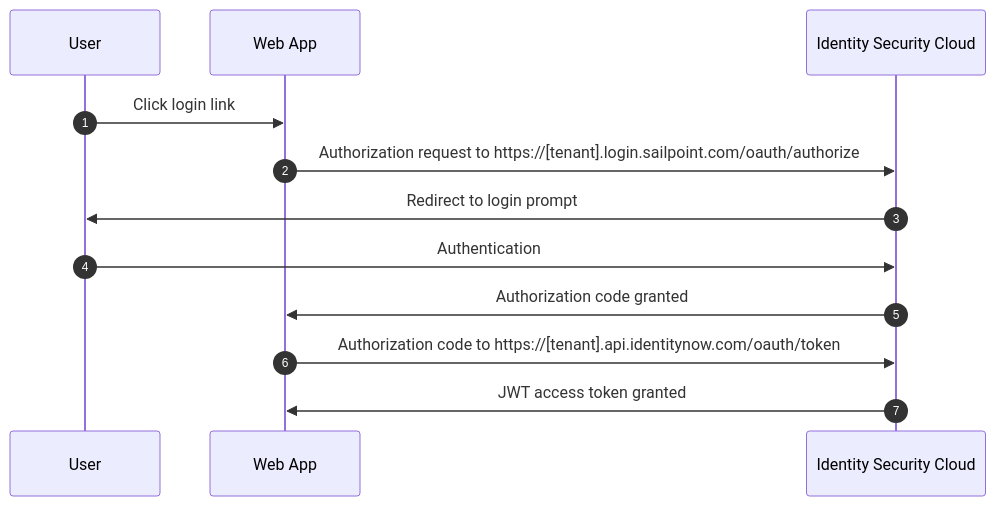
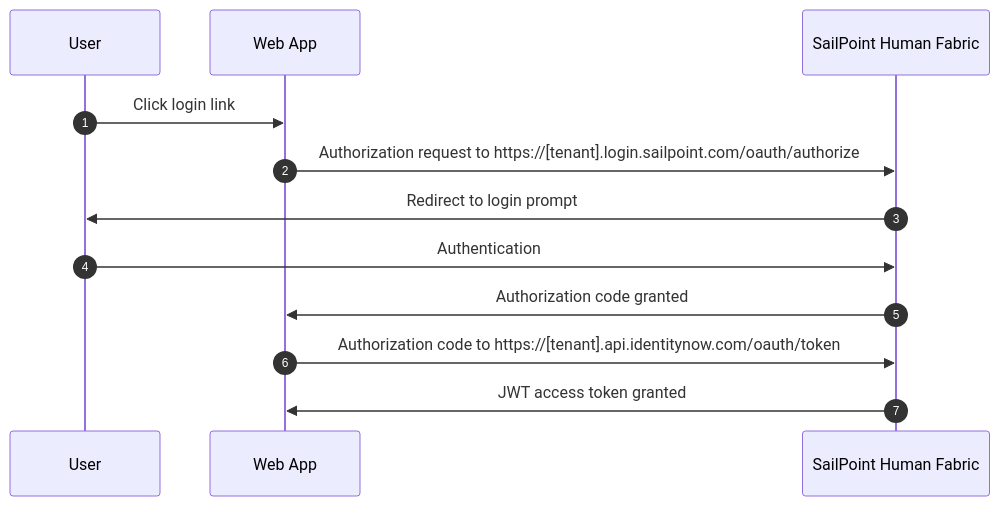
Before and after one commit to sailpoint-oss/developer.sailpoint.com: the second of 2 diagrams in docs/api/authentication.md, drawn with Mermaid. The commit also changed other lines of this file and 149 other files, not shown here.

````diff
--- a/docs/api/authentication.md
+++ b/docs/api/authentication.md
@@ -259,15 +259,15 @@
 ```mermaid
 sequenceDiagram
     autonumber
     participant U as User
     participant W as Web App
-    participant I as Identity Security Cloud
+    participant I as SailPoint Human Fabric
 
     U->>W: Click login link
     W->>I: Authorization request to https://[tenant].login.sailpoint.com/oauth/authorize
     I->>U: Redirect to login prompt
     U->>I: Authentication
     I->>W: Authorization code granted
     W->>I: Authorization code to https://[tenant].api.identitynow.com/oauth/token
     I->>W: JWT access token granted
 ```
````
